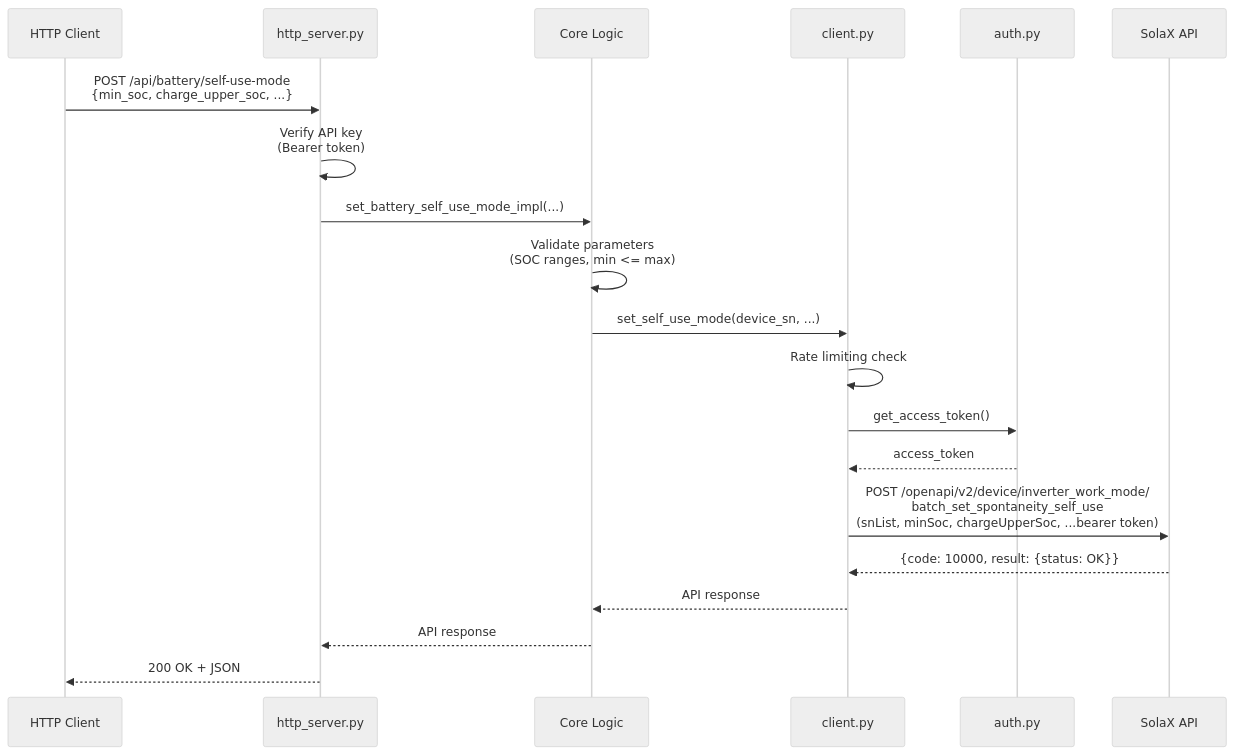
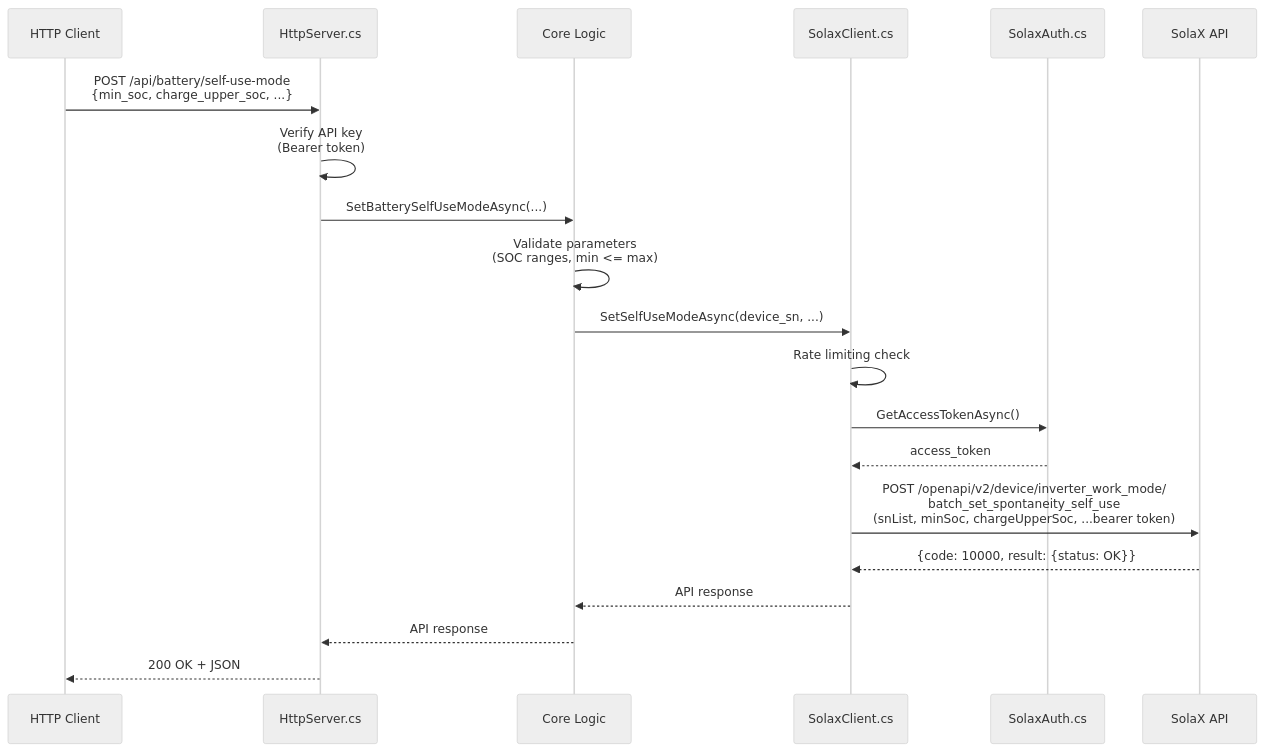
The fifth of 12 diagrams in ARCHITECTURE.md (tomkor/solax-cloud-mcp), drawn with Mermaid (neutral theme) before and after one commit. The commit also changed other lines of this file and 73 other files, not shown here.

````diff
--- a/ARCHITECTURE.md
+++ b/ARCHITECTURE.md
@@ -245,31 +247,31 @@
 ```mermaid
 sequenceDiagram
     participant User as HTTP Client
-    participant HTTP as http_server.py
+    participant HTTP as HttpServer.cs
     participant Logic as Core Logic
-    participant Client as client.py
-    participant Auth as auth.py
+    participant Client as SolaxClient.cs
+    participant Auth as SolaxAuth.cs
     participant SolaxAPI as SolaX API
     
     User->>HTTP: POST /api/battery/self-use-mode<br/>{min_soc, charge_upper_soc, ...}
     HTTP->>HTTP: Verify API key<br/>(Bearer token)
     
-    HTTP->>Logic: set_battery_self_use_mode_impl(...)
+    HTTP->>Logic: SetBatterySelfUseModeAsync(...)
     
     Logic->>Logic: Validate parameters<br/>(SOC ranges, min <= max)
     
-    Logic->>Client: set_self_use_mode(device_sn, ...)
+    Logic->>Client: SetSelfUseModeAsync(device_sn, ...)
     
     Client->>Client: Rate limiting check
     
-    Client->>Auth: get_access_token()
+    Client->>Auth: GetAccessTokenAsync()
     Auth-->>Client: access_token
     
     Client->>SolaxAPI: POST /openapi/v2/device/inverter_work_mode/<br/>batch_set_spontaneity_self_use<br/>(snList, minSoc, chargeUpperSoc, ...bearer token)
     
     SolaxAPI-->>Client: {code: 10000, result: {status: OK}}
     
     Client-->>Logic: API response
     Logic-->>HTTP: API response
     HTTP-->>User: 200 OK + JSON
 ```
````
